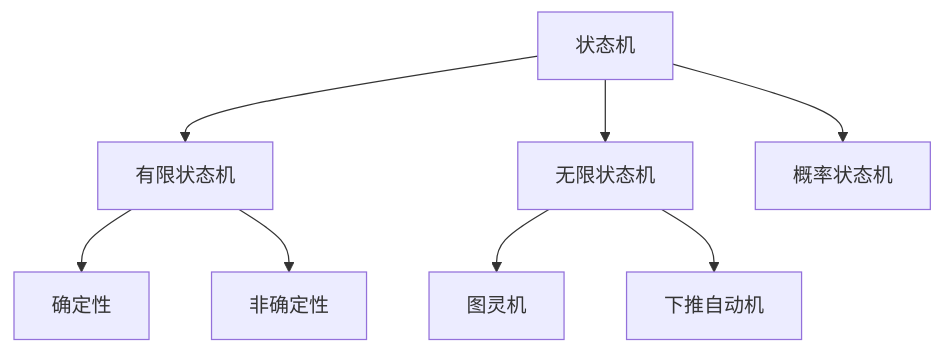
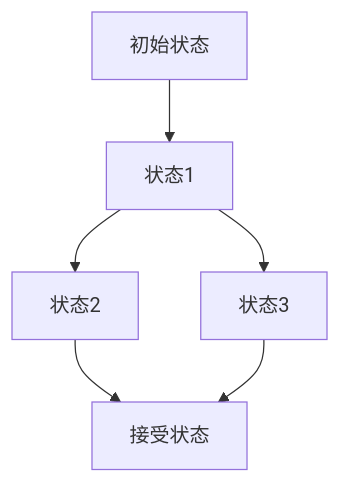
The diagram in Analysis/06-形式模型理论/03-状态机理论.md (AdaMartin18010/formal-architecture), drawn with Mermaid before and after one commit. The commit also changed other lines of this file and 261 other files, not shown here.

````diff
--- a/Analysis/06-形式模型理论/03-状态机理论.md
+++ b/Analysis/06-形式模型理论/03-状态机理论.md
@@ -19,10 +47,8 @@
 ```mermaid
 graph TD
-    A[状态机] --> B[有限状态机]
-    A --> C[无限状态机]
-    A --> D[概率状态机]
-    B --> E[确定性]
-    B --> F[非确定性]
-    C --> G[图灵机]
-    C --> H[下推自动机]
+    A[初始状态] --> B[状态1]
+    B --> C[状态2]
+    C --> D[接受状态]
+    B --> E[状态3]
+    E --> D
 ```
````
